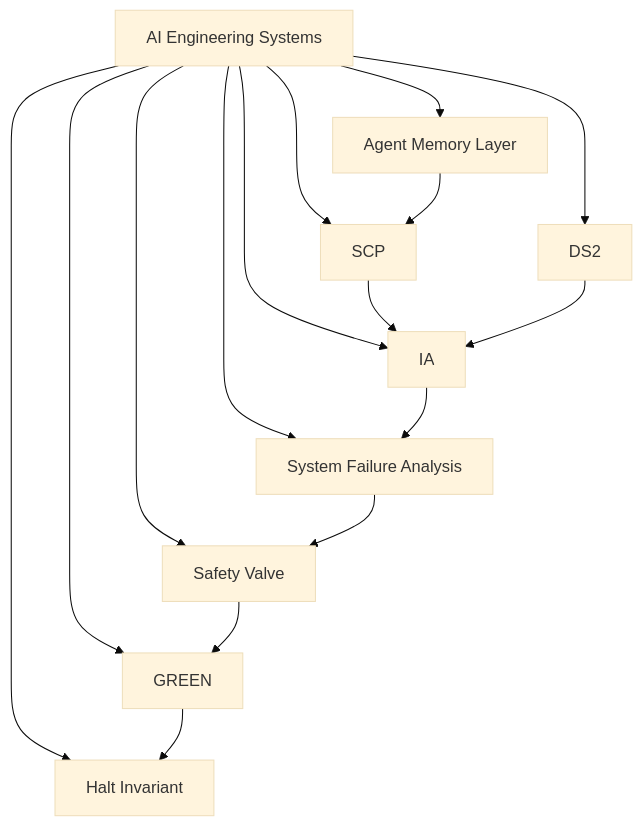
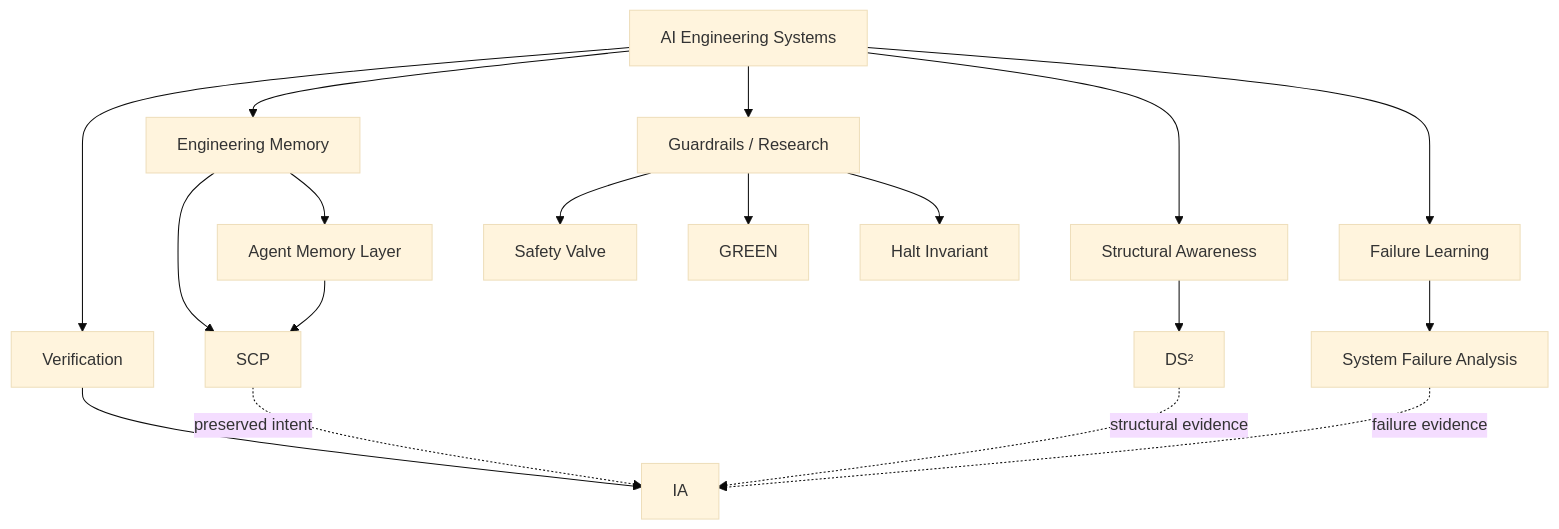
The diagram in README.md (ragnarok268/ai-engineering-systems), drawn with Mermaid (base theme) before and after one commit. The commit also changed other lines of this file and 5 other files, not shown here.

Commit message:
Improve hiring review flow for AI engineering systems hub

````diff
--- a/README.md
+++ b/README.md
@@ -66,19 +76,25 @@
 ```mermaid
 flowchart TD
-    A[AI Engineering Systems] --> B[Agent Memory Layer]
-    A --> C[SCP]
-    A --> D[IA]
-    A --> E[DS2]
-    A --> F[System Failure Analysis]
-    A --> G[Safety Valve]
-    A --> H[GREEN]
-    A --> I[Halt Invariant]
+    A[AI Engineering Systems] --> B[Engineering Memory]
+    B --> C[Agent Memory Layer]
+    B --> D[SCP]
 
-    B --> C
+    A --> E[Verification]
+    E --> F[IA]
+
+    A --> G[Structural Awareness]
+    G --> H[DS²]
+
+    A --> I[Failure Learning]
+    I --> J[System Failure Analysis]
+
+    A --> K[Guardrails / Research]
+    K --> L[Safety Valve]
+    K --> M[GREEN]
+    K --> N[Halt Invariant]
+
     C --> D
-    E --> D
-    D --> F
-    F --> G
-    G --> H
-    H --> I
+    D -. preserved intent .-> F
+    H -. structural evidence .-> F
+    J -. failure evidence .-> F
 ```
````
